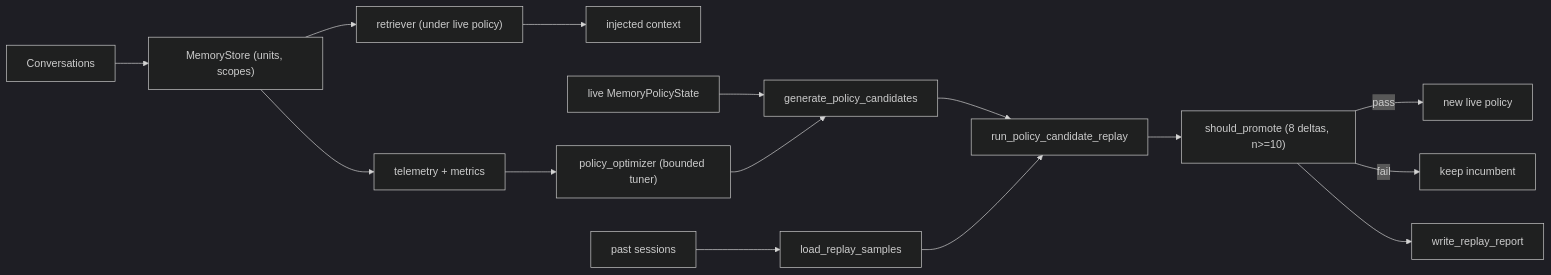
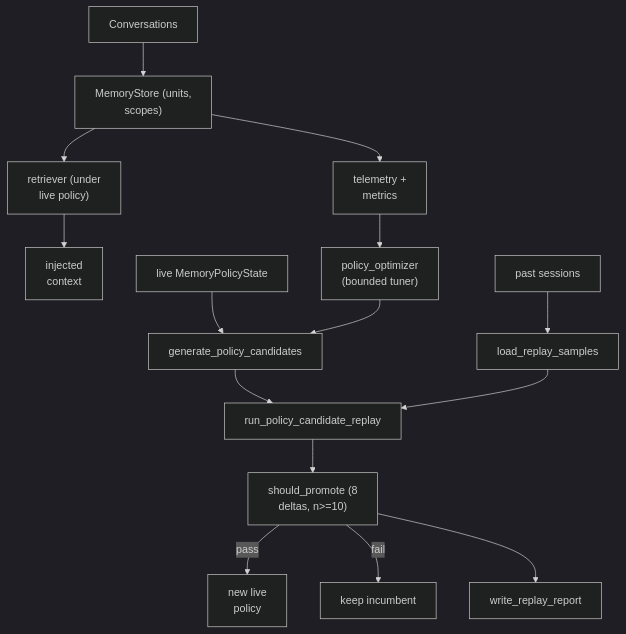
Before and after one commit to neoneye/agent-memory-atlas: the diagram in content/systems/metaclaw.md, drawn with Mermaid (dark theme). The commit also changed 99 other files, not shown here.

First line of the commit message:
Reshape the remaining 49 diagrams so their labels are legible

````diff
--- a/content/systems/metaclaw.md
+++ b/content/systems/metaclaw.md
@@ -122,17 +122,17 @@
 ```mermaid
-flowchart LR
-  Conv["Conversations"] --> Store["MemoryStore (units, scopes)"]
-  Store --> Retr["retriever (under live policy)"]
-  Retr --> Inject["injected context"]
-  Store --> Tele["telemetry + metrics"]
+flowchart TD
+  Conv["Conversations"] --> Store["MemoryStore (units,<br/>scopes)"]
+  Store --> Retr["retriever (under<br/>live policy)"]
+  Retr --> Inject["injected<br/>context"]
+  Store --> Tele["telemetry +<br/>metrics"]
   Hist["past sessions"] --> Samples["load_replay_samples"]
   Live["live MemoryPolicyState"] --> Cand["generate_policy_candidates"]
-  Tele --> Opt["policy_optimizer (bounded tuner)"]
+  Tele --> Opt["policy_optimizer<br/>(bounded tuner)"]
   Opt --> Cand
   Cand --> Replay["run_policy_candidate_replay"]
   Samples --> Replay
-  Replay --> Gate["should_promote (8 deltas, n>=10)"]
-  Gate -->|pass| Promote["new live policy"]
+  Replay --> Gate["should_promote (8<br/>deltas, n>=10)"]
+  Gate -->|pass| Promote["new live<br/>policy"]
   Gate -->|fail| Keep["keep incumbent"]
   Gate --> Report["write_replay_report"]
 ```
````
